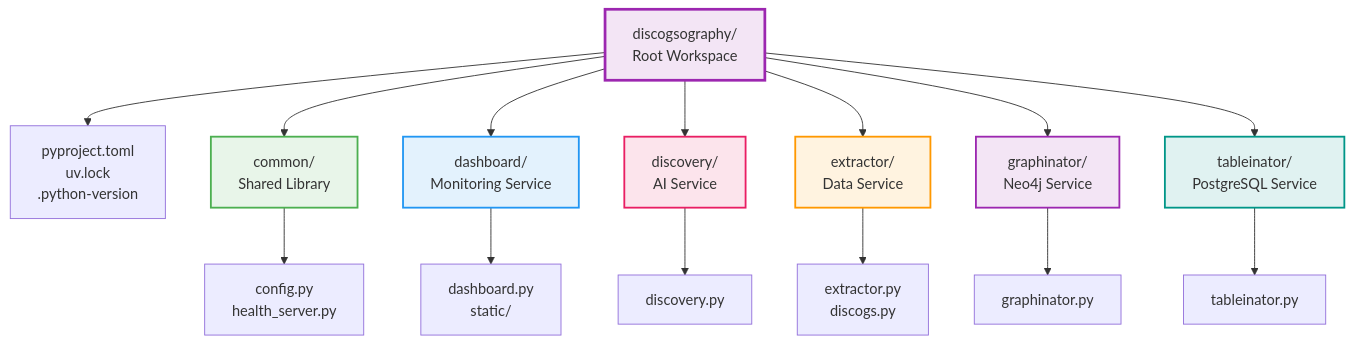
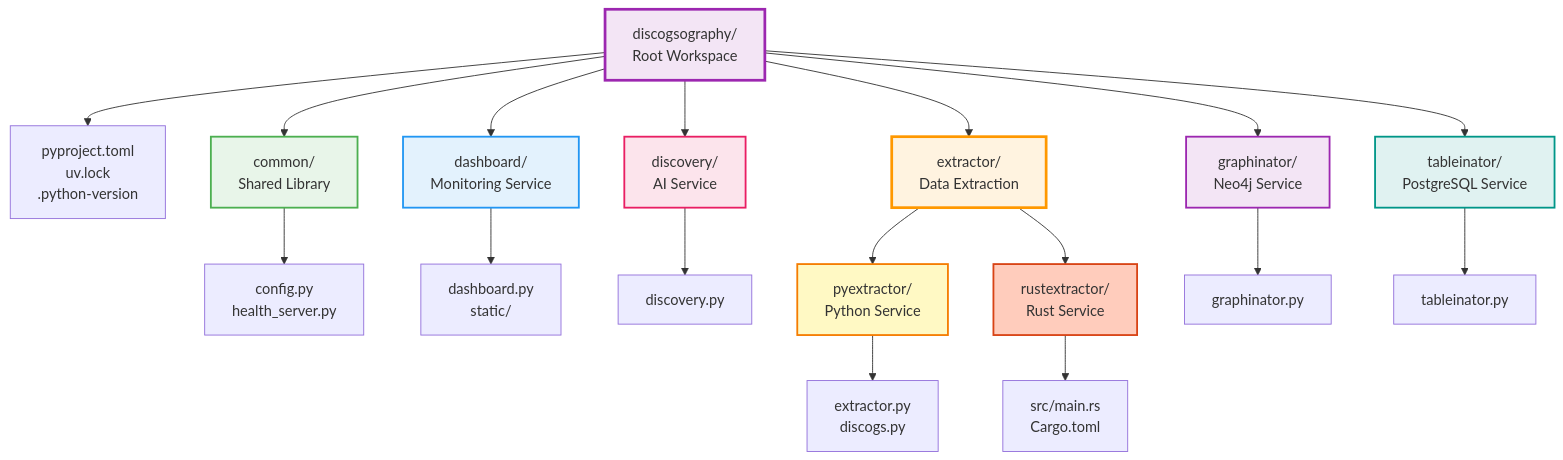
The diagram in docs/monorepo-guide.md (SimplicityGuy/discogsography), drawn with Mermaid before and after one commit. The commit also changed other lines of this file and 6 other files, not shown here.

````diff
--- a/docs/monorepo-guide.md
+++ b/docs/monorepo-guide.md
@@ -11,47 +11,55 @@
 ```mermaid
 graph TD
     Root[discogsography/<br/>Root Workspace]
 
     RootFiles[pyproject.toml<br/>uv.lock<br/>.python-version]
 
     Common[common/<br/>Shared Library]
     CommonFiles[config.py<br/>health_server.py]
 
     Dashboard[dashboard/<br/>Monitoring Service]
     DashFiles[dashboard.py<br/>static/]
 
     Discovery[discovery/<br/>AI Service]
     DiscFiles[discovery.py]
 
-    Extractor[extractor/<br/>Data Service]
-    ExtFiles[extractor.py<br/>discogs.py]
+    Extractor[extractor/<br/>Data Extraction]
+    PyExtractor[pyextractor/<br/>Python Service]
+    PyExtFiles[extractor.py<br/>discogs.py]
+    RustExtractor[rustextractor/<br/>Rust Service]
+    RustExtFiles[src/main.rs<br/>Cargo.toml]
 
     Graphinator[graphinator/<br/>Neo4j Service]
     GraphFiles[graphinator.py]
 
     Tableinator[tableinator/<br/>PostgreSQL Service]
     TableFiles[tableinator.py]
 
     Root --> RootFiles
     Root --> Common
     Root --> Dashboard
     Root --> Discovery
     Root --> Extractor
     Root --> Graphinator
     Root --> Tableinator
 
     Common --> CommonFiles
     Dashboard --> DashFiles
     Discovery --> DiscFiles
-    Extractor --> ExtFiles
+    Extractor --> PyExtractor
+    Extractor --> RustExtractor
+    PyExtractor --> PyExtFiles
+    RustExtractor --> RustExtFiles
     Graphinator --> GraphFiles
     Tableinator --> TableFiles
 
     style Root fill:#f3e5f5,stroke:#9c27b0,stroke-width:3px
     style Common fill:#e8f5e9,stroke:#4caf50,stroke-width:2px
     style Dashboard fill:#e3f2fd,stroke:#2196f3,stroke-width:2px
     style Discovery fill:#fce4ec,stroke:#e91e63,stroke-width:2px
-    style Extractor fill:#fff3e0,stroke:#ff9800,stroke-width:2px
+    style Extractor fill:#fff3e0,stroke:#ff9800,stroke-width:3px
+    style PyExtractor fill:#fff9c4,stroke:#f57c00,stroke-width:2px
+    style RustExtractor fill:#ffccbc,stroke:#d84315,stroke-width:2px
     style Graphinator fill:#f3e5f5,stroke:#9c27b0,stroke-width:2px
     style Tableinator fill:#e0f2f1,stroke:#009688,stroke-width:2px
 ```
````
